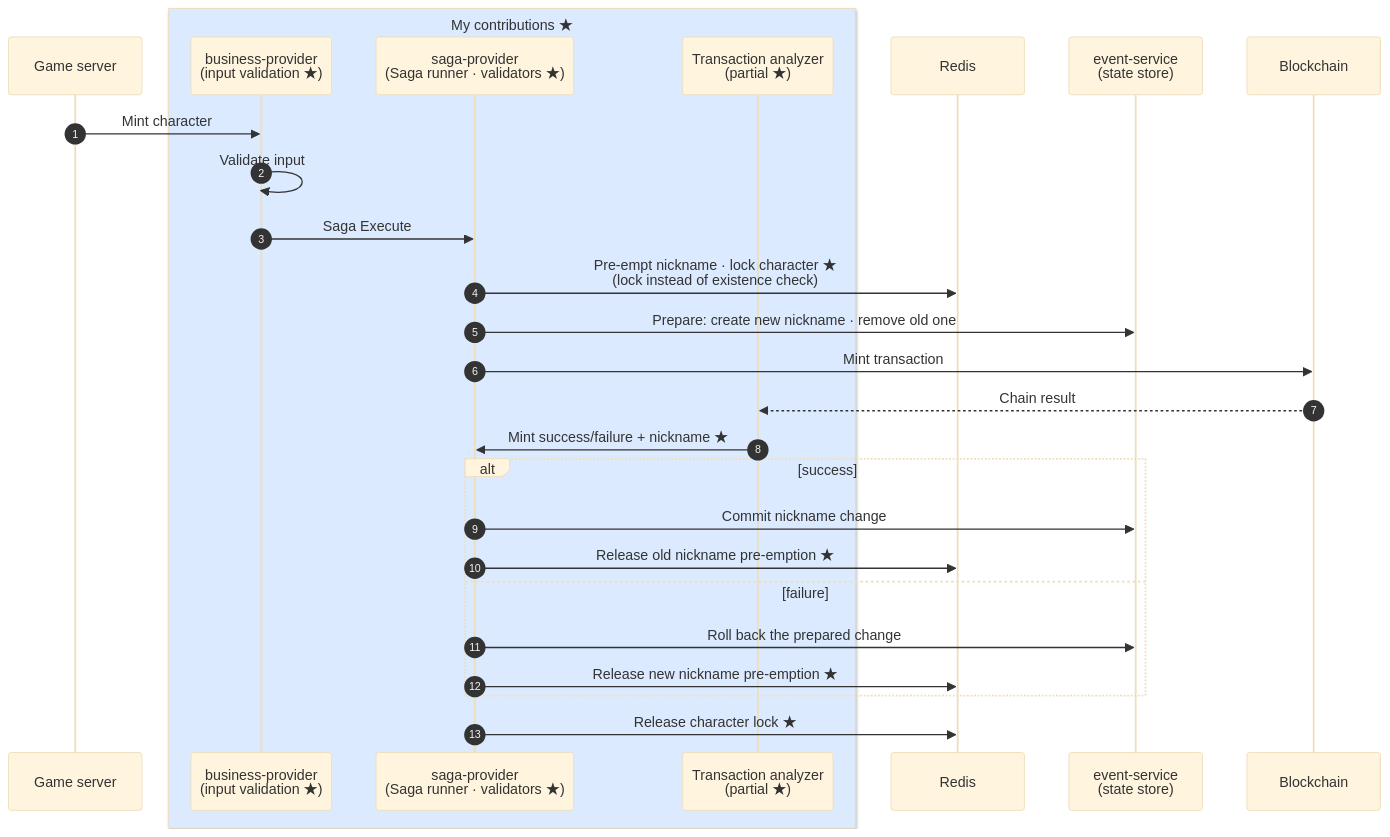
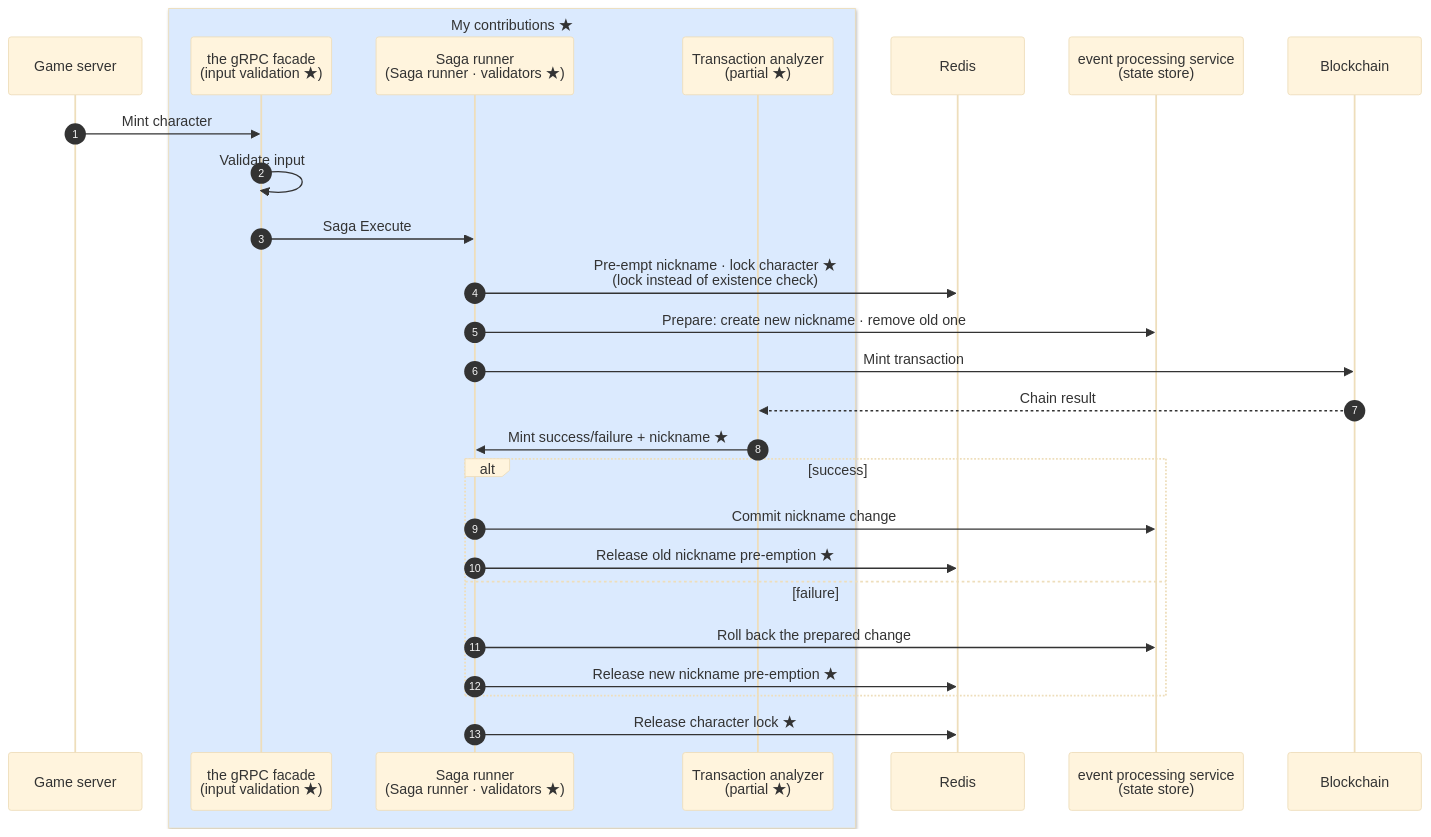
The diagram in content/diagrams/saga.en.mmd (shalwxy/career), drawn with Mermaid (base theme) before and after one commit. The commit also changed 24 other files, not shown here.

```diff
--- a/content/diagrams/saga.en.mmd
+++ b/content/diagrams/saga.en.mmd
@@ -1,28 +1,28 @@
 %% title: Saga execution, character mint & nickname pre-emption (as of 2024-04)
 sequenceDiagram
     autonumber
     participant G as Game server
     box rgb(219,234,254) My contributions ★
-    participant BP as business-provider<br/>(input validation ★)
-    participant S as saga-provider<br/>(Saga runner · validators ★)
+    participant BP as the gRPC facade<br/>(input validation ★)
+    participant S as Saga runner<br/>(Saga runner · validators ★)
     participant A as Transaction analyzer<br/>(partial ★)
     end
     participant R as Redis
-    participant E as event-service<br/>(state store)
+    participant E as event processing service<br/>(state store)
     participant BC as Blockchain
     G->>BP: Mint character
     BP->>BP: Validate input
     BP->>S: Saga Execute
     S->>R: Pre-empt nickname · lock character ★<br/>(lock instead of existence check)
     S->>E: Prepare: create new nickname · remove old one
     S->>BC: Mint transaction
     BC-->>A: Chain result
     A->>S: Mint success/failure + nickname ★
     alt success
         S->>E: Commit nickname change
         S->>R: Release old nickname pre-emption ★
     else failure
         S->>E: Roll back the prepared change
         S->>R: Release new nickname pre-emption ★
     end
     S->>R: Release character lock ★
```
